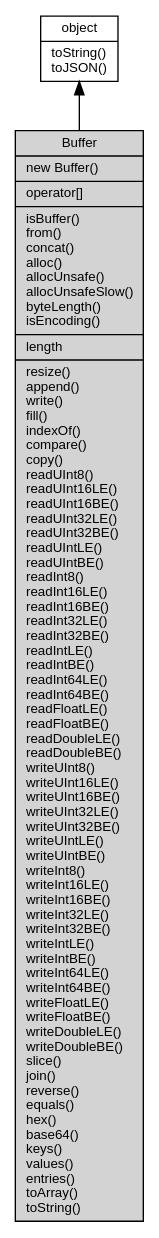
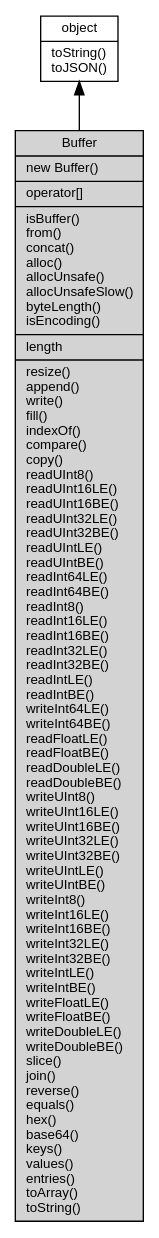
One commit to fibjs/fibjs.org changed the diagram in docs/manual/object/ifs/Buffer.md. Above: the diagram before and after it, drawn with Graphviz. The commit also changed other lines of this file and 229 other files, not shown here.

````diff
--- a/docs/manual/object/ifs/Buffer.md
+++ b/docs/manual/object/ifs/Buffer.md
@@ -11,10 +11,10 @@
 ```dot
 digraph {
     node [fontname="Helvetica,sans-Serif", fontsize=10, shape="record", style="filled", fillcolor="white"];
 
     object [tooltip="object", URL="object.md", label="{object|toString()\ltoJSON()\l}"];
-    Buffer [tooltip="Buffer", fillcolor="lightgray", id="me", label="{Buffer|new Buffer()\l|operator[]\l|isBuffer()\lfrom()\lconcat()\lalloc()\lallocUnsafe()\lallocUnsafeSlow()\lbyteLength()\lisEncoding()\l|length\l|resize()\lappend()\lwrite()\lfill()\lindexOf()\lcompare()\lcopy()\lreadUInt8()\lreadUInt16LE()\lreadUInt16BE()\lreadUInt32LE()\lreadUInt32BE()\lreadUIntLE()\lreadUIntBE()\lreadInt8()\lreadInt16LE()\lreadInt16BE()\lreadInt32LE()\lreadInt32BE()\lreadIntLE()\lreadIntBE()\lreadInt64LE()\lreadInt64BE()\lreadFloatLE()\lreadFloatBE()\lreadDoubleLE()\lreadDoubleBE()\lwriteUInt8()\lwriteUInt16LE()\lwriteUInt16BE()\lwriteUInt32LE()\lwriteUInt32BE()\lwriteUIntLE()\lwriteUIntBE()\lwriteInt8()\lwriteInt16LE()\lwriteInt16BE()\lwriteInt32LE()\lwriteInt32BE()\lwriteIntLE()\lwriteIntBE()\lwriteInt64LE()\lwriteInt64BE()\lwriteFloatLE()\lwriteFloatBE()\lwriteDoubleLE()\lwriteDoubleBE()\lslice()\ljoin()\lreverse()\lequals()\lhex()\lbase64()\lkeys()\lvalues()\lentries()\ltoArray()\ltoString()\l}"];
+    Buffer [tooltip="Buffer", fillcolor="lightgray", id="me", label="{Buffer|new Buffer()\l|operator[]\l|isBuffer()\lfrom()\lconcat()\lalloc()\lallocUnsafe()\lallocUnsafeSlow()\lbyteLength()\lisEncoding()\l|length\l|resize()\lappend()\lwrite()\lfill()\lindexOf()\lcompare()\lcopy()\lreadUInt8()\lreadUInt16LE()\lreadUInt16BE()\lreadUInt32LE()\lreadUInt32BE()\lreadUIntLE()\lreadUIntBE()\lreadInt64LE()\lreadInt64BE()\lreadInt8()\lreadInt16LE()\lreadInt16BE()\lreadInt32LE()\lreadInt32BE()\lreadIntLE()\lreadIntBE()\lwriteInt64LE()\lwriteInt64BE()\lreadFloatLE()\lreadFloatBE()\lreadDoubleLE()\lreadDoubleBE()\lwriteUInt8()\lwriteUInt16LE()\lwriteUInt16BE()\lwriteUInt32LE()\lwriteUInt32BE()\lwriteUIntLE()\lwriteUIntBE()\lwriteInt8()\lwriteInt16LE()\lwriteInt16BE()\lwriteInt32LE()\lwriteInt32BE()\lwriteIntLE()\lwriteIntBE()\lwriteFloatLE()\lwriteFloatBE()\lwriteDoubleLE()\lwriteDoubleBE()\lslice()\ljoin()\lreverse()\lequals()\lhex()\lbase64()\lkeys()\lvalues()\lentries()\ltoArray()\ltoString()\l}"];
 
     object -> Buffer [dir=back];
 }
 ```
````
